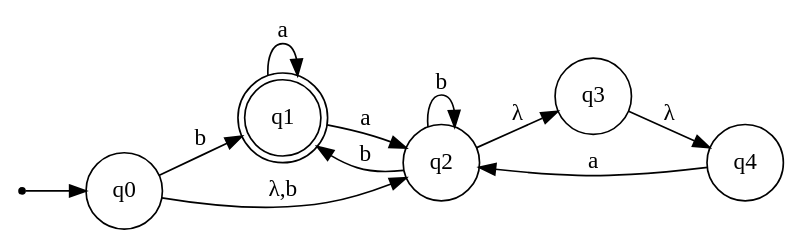
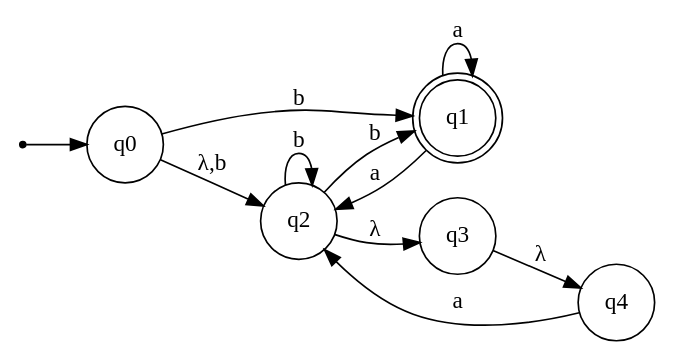
The diagram in andet.dot (nicomercadoo/automata-interpreter), drawn with Graphviz before and after one commit. The commit also changed 5 other files, not shown here.

```diff
--- a/andet.dot
+++ b/andet.dot
@@ -1,19 +1,20 @@
 digraph {
     rankdir = LR;
     node [shape = circle];
     inic [shape=point];
 
     inic -> q0;
 
-    q0 -> q1 [label="b"]
-    q0 -> q2 [label="λ,b"]
-    q1 -> q1 [label="a"]
-    q1 -> q2 [label="a"]
     q2 -> q1 [label="b"]
     q2 -> q2 [label="b"]
     q2 -> q3 [label="λ"]
+    q0 -> q1 [label="b"]
+    q0 -> q2 [label="λ,b"]
+    // q0 -> q2 [label="b"]
+    q1 -> q1 [label="a"]
+    q1 -> q2 [label="a"]
     q3 -> q4 [label="λ"]
     q4 -> q2 [label="a"]
 
     q1 [shape=doublecircle];
 }
```
